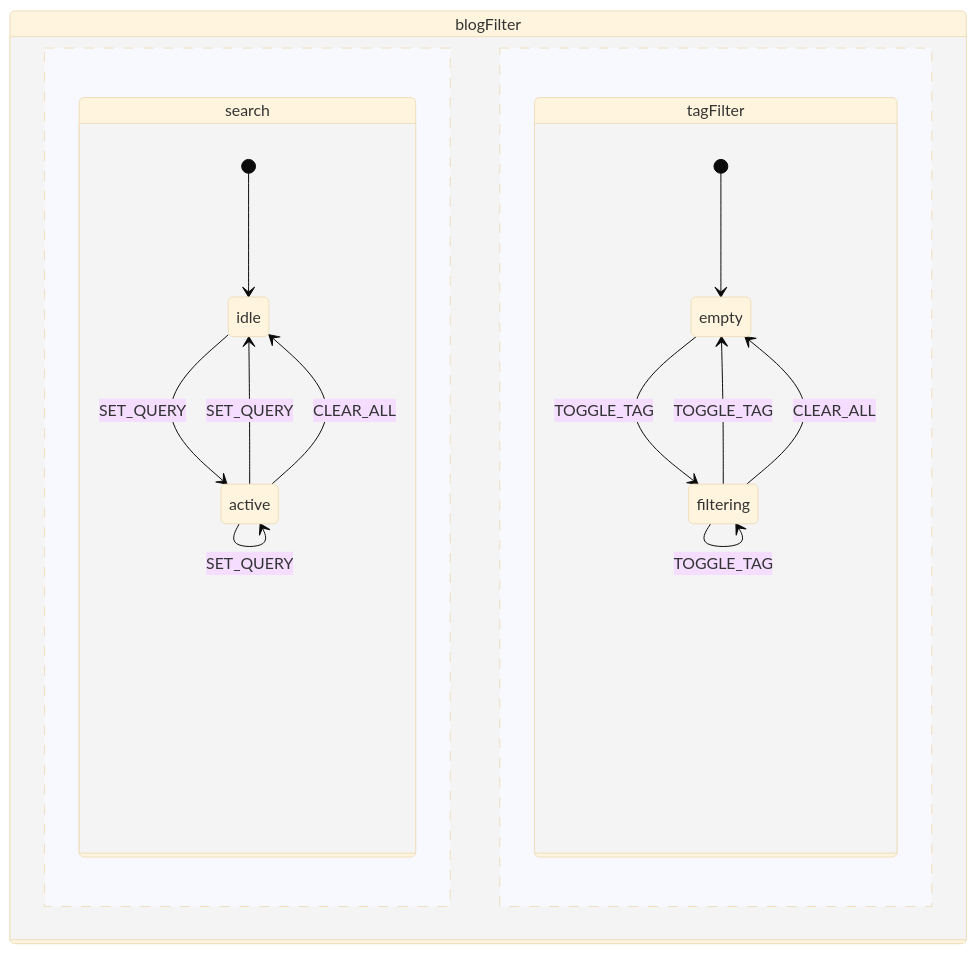
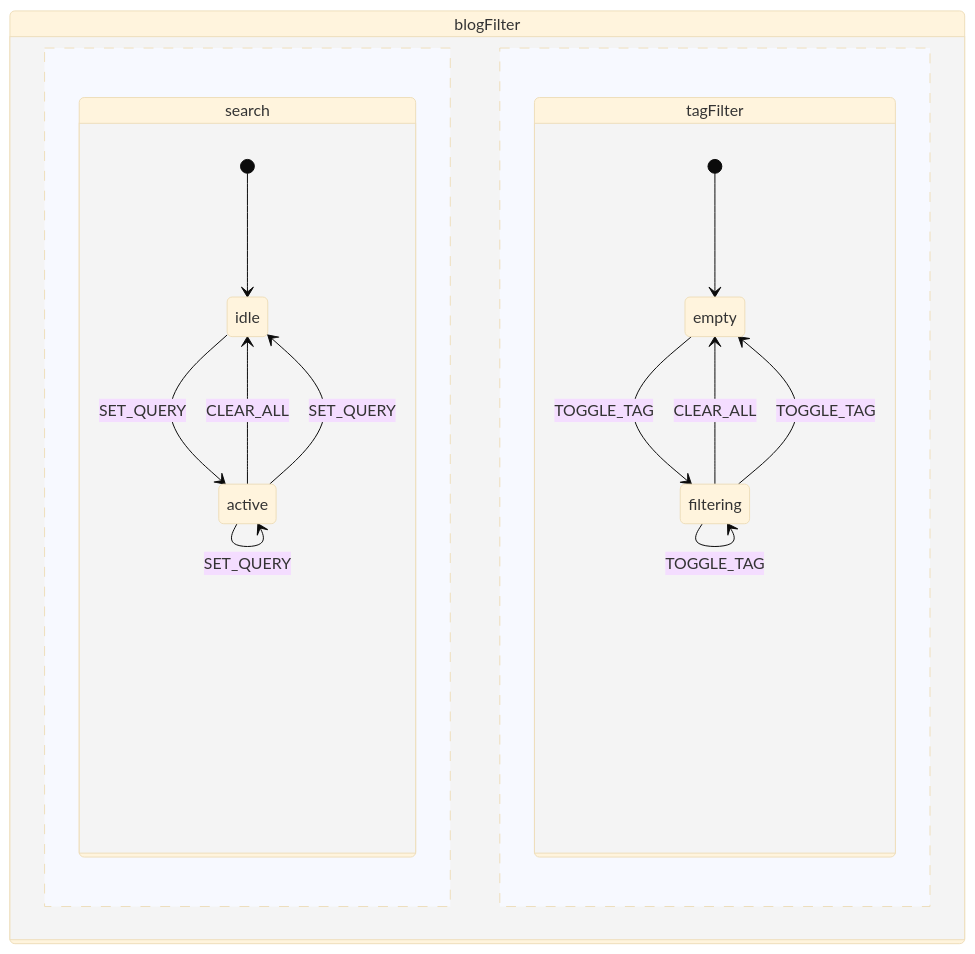
One commit to vujita/vubnguyen changed the diagram in docs/state-machines/blogFilter.mmd. Above: the diagram before and after it, drawn with Mermaid (base theme). The commit also changed other lines of this file and 9 other files, not shown here.

First line of the commit message:
switch state machine diagram output from SVG to PNG for GitHub PR visibility

```diff
--- a/docs/state-machines/blogFilter.mmd
+++ b/docs/state-machines/blogFilter.mmd
@@ -1,18 +1,18 @@
 stateDiagram-v2
   state blogFilter {
     state search {
       [*] --> idle
-      idle --> active : SET_QUERY
+      active --> idle : CLEAR_ALL
       active --> idle : SET_QUERY
       active --> active : SET_QUERY
-      active --> idle : CLEAR_ALL
+      idle --> active : SET_QUERY
     }
     --
     state tagFilter {
       [*] --> empty
       empty --> filtering : TOGGLE_TAG
+      filtering --> empty : CLEAR_ALL
       filtering --> empty : TOGGLE_TAG
       filtering --> filtering : TOGGLE_TAG
-      filtering --> empty : CLEAR_ALL
     }
   }
```
